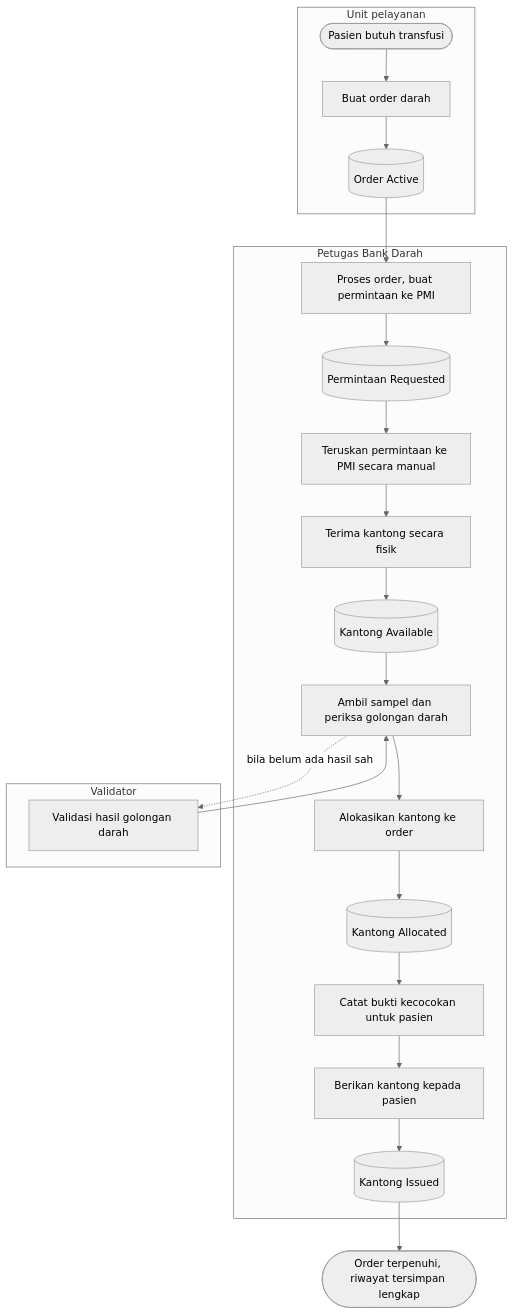
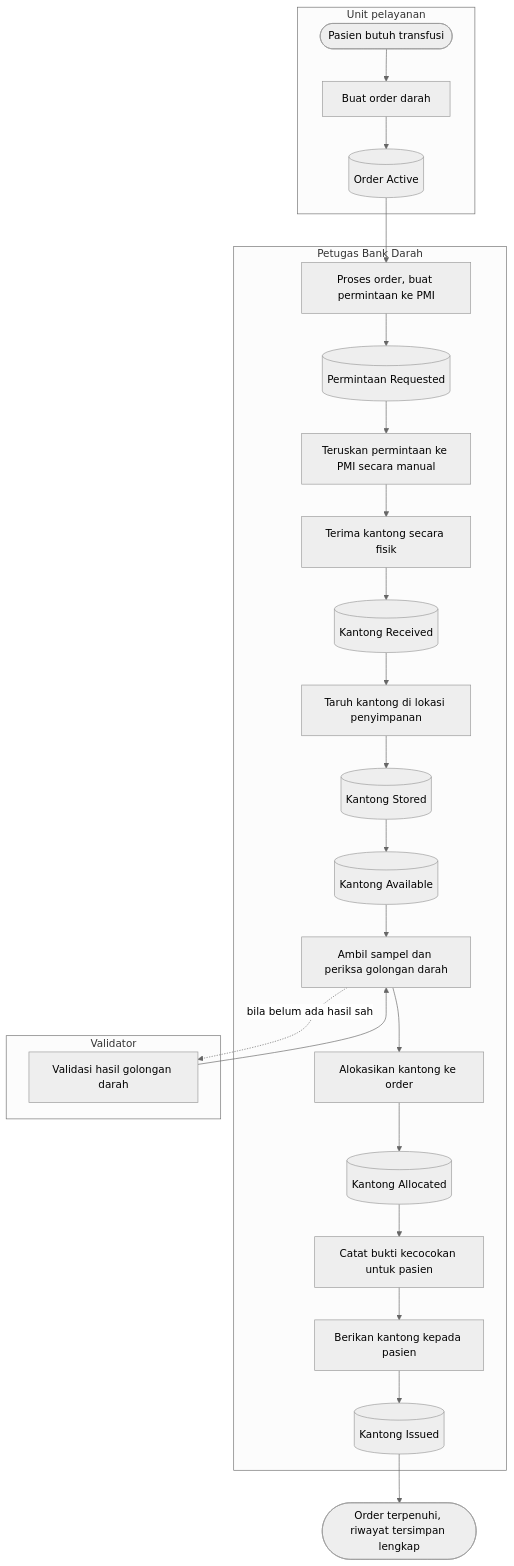
The diagram in docs/module-blueprints/bank-darah/flowcharts/00-alur-utama.md (DevBenari/NewQuilvianSystemBackend), drawn with Mermaid (neutral theme) before and after one commit. The commit also changed other lines of this file and 15 other files, not shown here.

````diff
--- a/docs/module-blueprints/bank-darah/flowcharts/00-alur-utama.md
+++ b/docs/module-blueprints/bank-darah/flowcharts/00-alur-utama.md
@@ -6,25 +6,28 @@
 ```mermaid
 flowchart TD
     subgraph unit[Unit pelayanan]
         A([Pasien butuh transfusi]) --> B[Buat order darah]
         B --> C[(Order Active)]
     end
     subgraph bdrs[Petugas Bank Darah]
         C --> D[Proses order, buat permintaan ke PMI]
         D --> E[(Permintaan Requested)]
         E --> F[Teruskan permintaan ke PMI secara manual]
         F --> G[Terima kantong secara fisik]
-        G --> H[(Kantong Available)]
+        G --> G1[(Kantong Received)]
+        G1 --> G2[Taruh kantong di lokasi penyimpanan]
+        G2 --> G3[(Kantong Stored)]
+        G3 --> H[(Kantong Available)]
         H --> I[Ambil sampel dan periksa golongan darah]
         I --> J[Alokasikan kantong ke order]
         J --> K[(Kantong Allocated)]
         K --> L[Catat bukti kecocokan untuk pasien]
         L --> M[Berikan kantong kepada pasien]
         M --> N[(Kantong Issued)]
     end
     subgraph val[Validator]
         I -. bila belum ada hasil sah .-> V[Validasi hasil golongan darah]
         V --> I
     end
     N --> O([Order terpenuhi, riwayat tersimpan lengkap])
 ```
````
